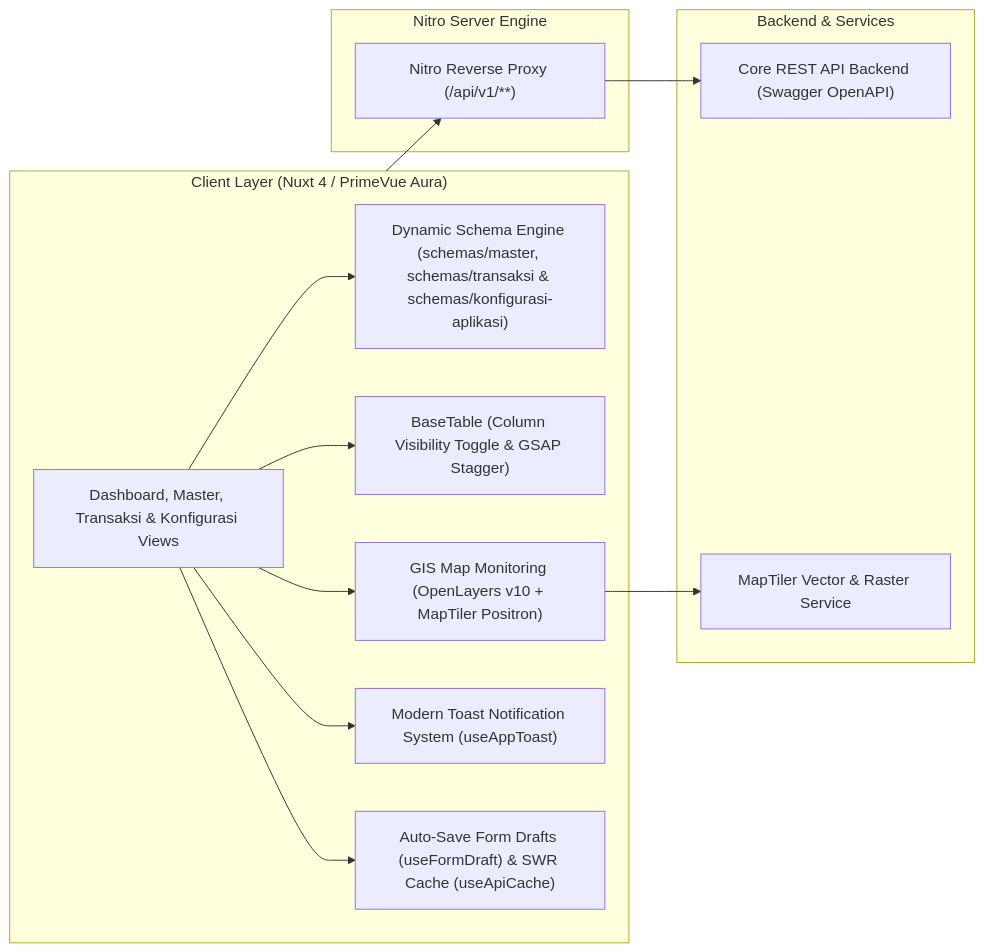
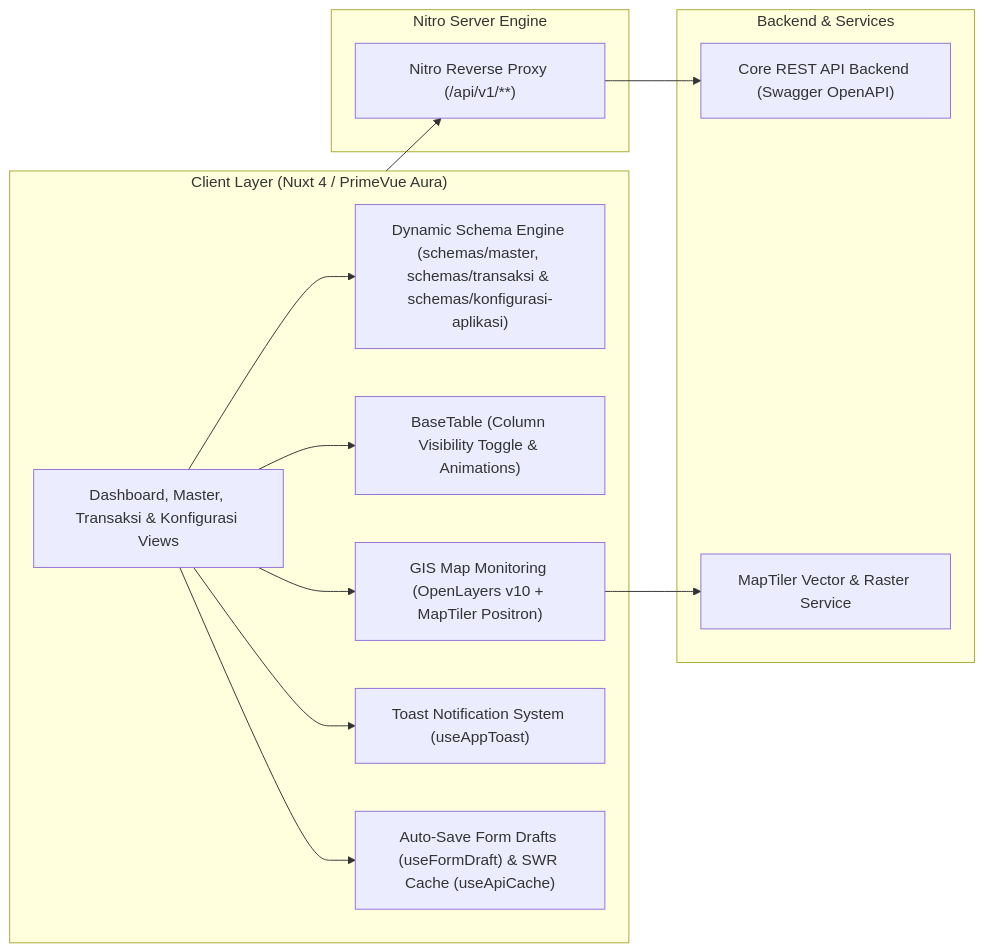
The diagram in README.md (fernandoparhusip/tambora), drawn with Mermaid before and after one commit. The commit also changed other lines of this file and 87 other files, not shown here.

````diff
--- a/README.md
+++ b/README.md
@@ -29,23 +29,23 @@
 ```mermaid
 graph LR
     subgraph CLIENT["Client Layer (Nuxt 4 / PrimeVue Aura)"]
         UI["Dashboard, Master, Transaksi & Konfigurasi Views"] --> FORM["Dynamic Schema Engine (schemas/master, schemas/transaksi & schemas/konfigurasi-aplikasi)"]
-        UI --> TABLE["BaseTable (Column Visibility Toggle & GSAP Stagger)"]
+        UI --> TABLE["BaseTable (Column Visibility Toggle & Animations)"]
         UI --> GIS["GIS Map Monitoring (OpenLayers v10 + MapTiler Positron)"]
-        UI --> TOAST["Modern Toast Notification System (useAppToast)"]
+        UI --> TOAST["Toast Notification System (useAppToast)"]
         UI --> DRAFT["Auto-Save Form Drafts (useFormDraft) & SWR Cache (useApiCache)"]
     end
 
     subgraph PROXY["Nitro Server Engine"]
         ROUTER["Nitro Reverse Proxy (/api/v1/**)"]
     end
 
     subgraph BACKEND["Backend & Services"]
         API["Core REST API Backend (Swagger OpenAPI)"]
         GIS_SERVER["MapTiler Vector & Raster Service"]
     end
 
     CLIENT --> ROUTER
     ROUTER --> API
     GIS --> GIS_SERVER
 ```
````
